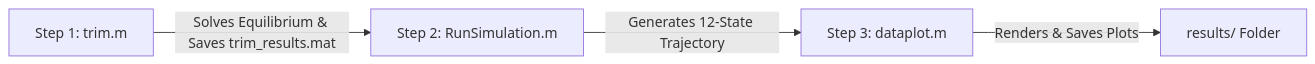
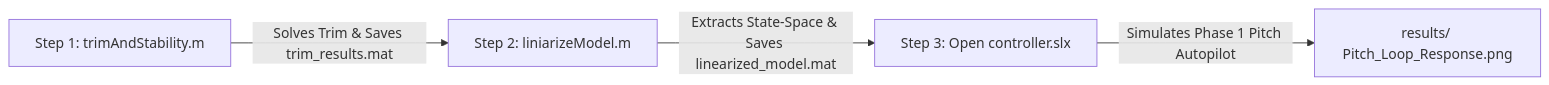
One commit to SahilKokate92/cessna172-flight-dynamics-control changed the second of 2 diagrams in README.md. Above: the diagram before and after it, drawn with Mermaid. The commit also changed other lines of this file, not shown here.

Commit message:
added controller development phase

````diff
--- a/README.md
+++ b/README.md
@@ -34,6 +57,6 @@
 ```mermaid
 graph LR
-    A[Step 1: trim.m] -->|Solves Equilibrium & Saves trim_results.mat| B[Step 2: RunSimulation.m]
-    B -->|Generates 12-State Trajectory| C[Step 3: dataplot.m]
-    C -->|Renders & Saves Plots| D[results/ Folder]
+    A[Step 1: trimAndStability.m] -->|Solves Trim & Saves trim_results.mat| B[Step 2: liniarizeModel.m]
+    B -->|Extracts State-Space & Saves linearized_model.mat| C[Step 3: Open controller.slx]
+    C -->|Simulates Phase 1 Pitch Autopilot| D[results/ Pitch_Loop_Response.png]
 ```
````
